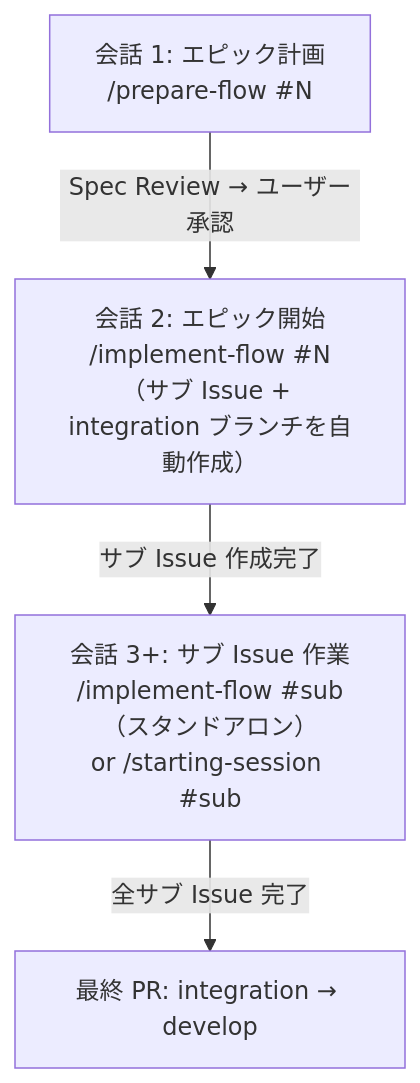
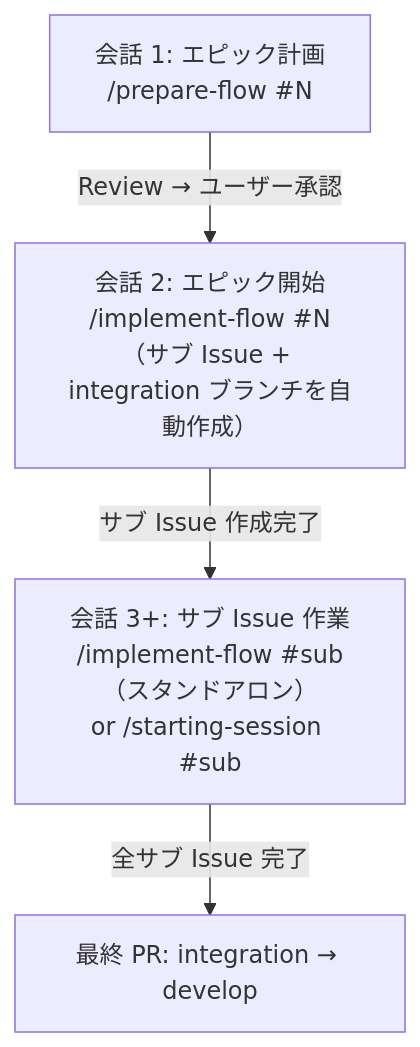
One commit to ShirokumaLibrary/shirokuma-plugins changed the second of 2 diagrams in shirokuma-skills-ja/skills/implement-flow/reference/workflow-details.md. Above: the diagram before and after it, drawn with Mermaid. The commit also changed other lines of this file and 51 other files, not shown here.

````diff
--- a/shirokuma-skills-ja/skills/implement-flow/reference/workflow-details.md
+++ b/shirokuma-skills-ja/skills/implement-flow/reference/workflow-details.md
@@ -32,10 +32,10 @@
 ```mermaid
 graph TD
     E1["会話 1: エピック計画<br/>/prepare-flow #N"]
     E2["会話 2: エピック開始<br/>/implement-flow #N<br/>（サブ Issue + integration ブランチを自動作成）"]
     E3["会話 3+: サブ Issue 作業<br/>/implement-flow #sub（スタンドアロン）<br/>or /starting-session #sub"]
 
-    E1 -->|"Spec Review → ユーザー承認"| E2
+    E1 -->|"Review → ユーザー承認"| E2
     E2 -->|"サブ Issue 作成完了"| E3
     E3 -->|"全サブ Issue 完了"| Final["最終 PR: integration → develop"]
 ```
````
